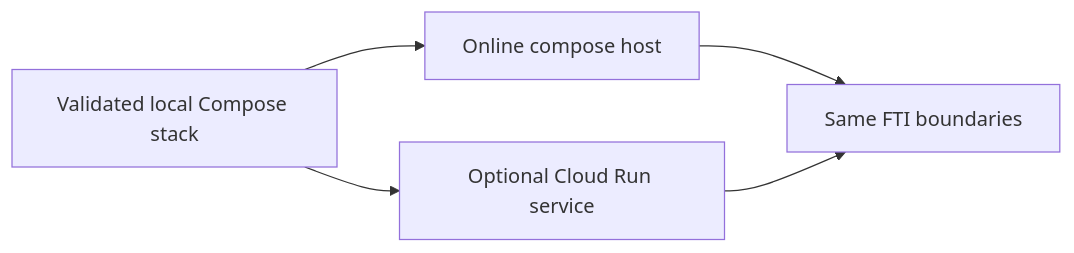
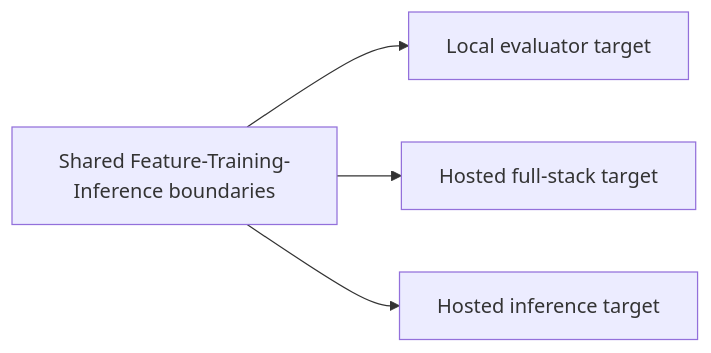
One commit to javihslu/foehncast changed the second of 5 diagrams in docs/site/system/architecture.md. Above: the diagram before and after it, drawn with Mermaid. The commit also changed other lines of this file and 64 other files, not shown here.

```diff
--- a/docs/site/system/architecture.md
+++ b/docs/site/system/architecture.md
@@ -55,7 +55,7 @@
 <div class="mermaid">
 flowchart LR
-    LOCAL[Validated local Compose stack] --> HOST[Online compose host]
-    LOCAL --> RUN[Optional Cloud Run service]
-    HOST --> SAME[Same FTI boundaries]
-    RUN --> SAME
+    CORE[Shared Feature-Training-Inference boundaries]
+    CORE --> LOCAL[Local evaluator target]
+    CORE --> HOST[Hosted full-stack target]
+    CORE --> RUN[Hosted inference target]
 </div>
```
